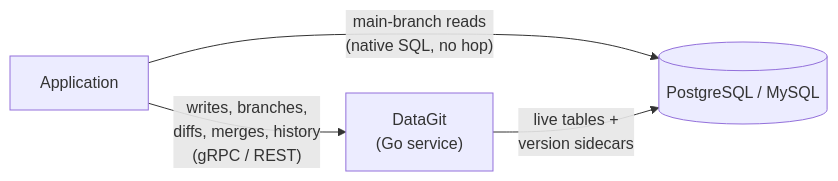
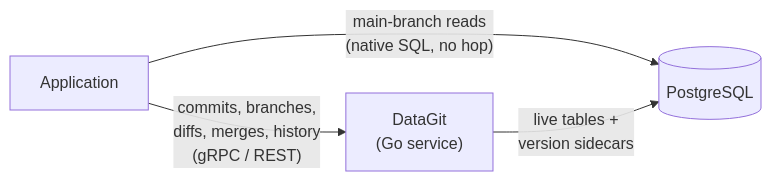
The diagram in README.md (Glyph-Software/datagit), drawn with Mermaid before and after one commit. The commit also changed other lines of this file and 3 other files, not shown here.

````diff
--- a/README.md
+++ b/README.md
@@ -28,10 +34,10 @@
 ```mermaid
 flowchart LR
     App["Application"]
     DG["DataGit<br/>(Go service)"]
-    DB[("PostgreSQL / MySQL")]
+    DB[("PostgreSQL")]
 
-    App -->|"writes, branches,<br/>diffs, merges, history<br/>(gRPC / REST)"| DG
+    App -->|"commits, branches,<br/>diffs, merges, history<br/>(gRPC / REST)"| DG
     App -->|"main-branch reads<br/>(native SQL, no hop)"| DB
     DG -->|"live tables +<br/>version sidecars"| DB
 ```
````
